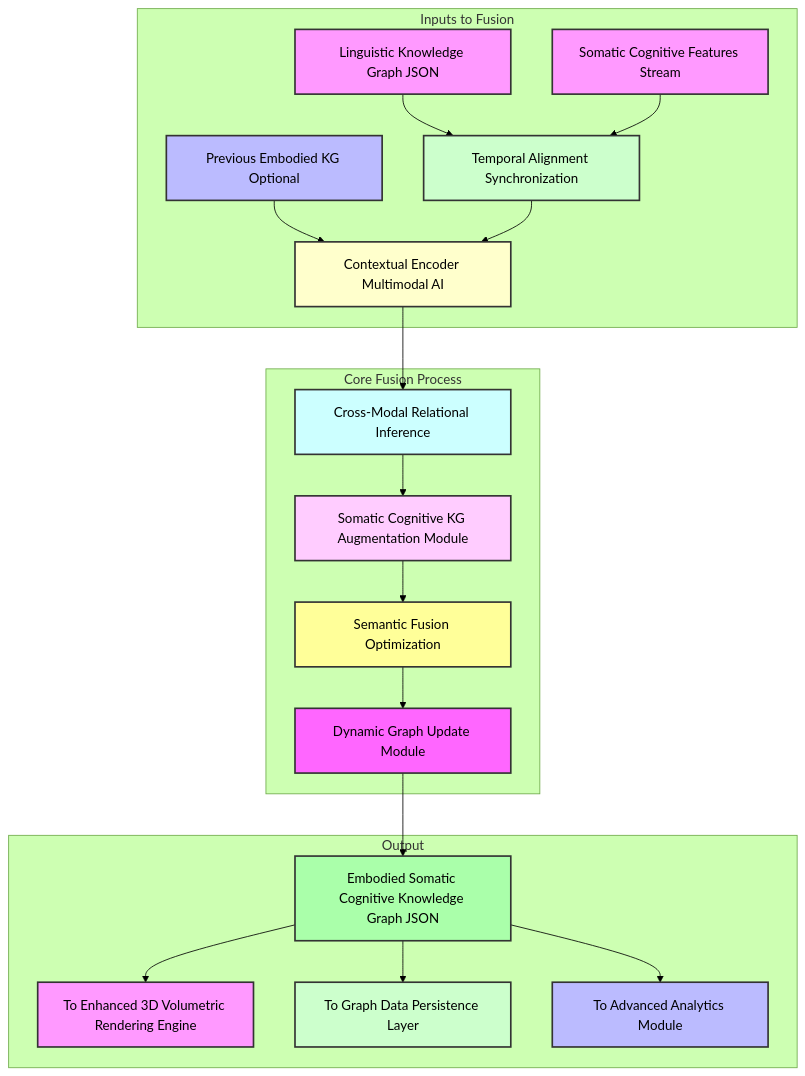
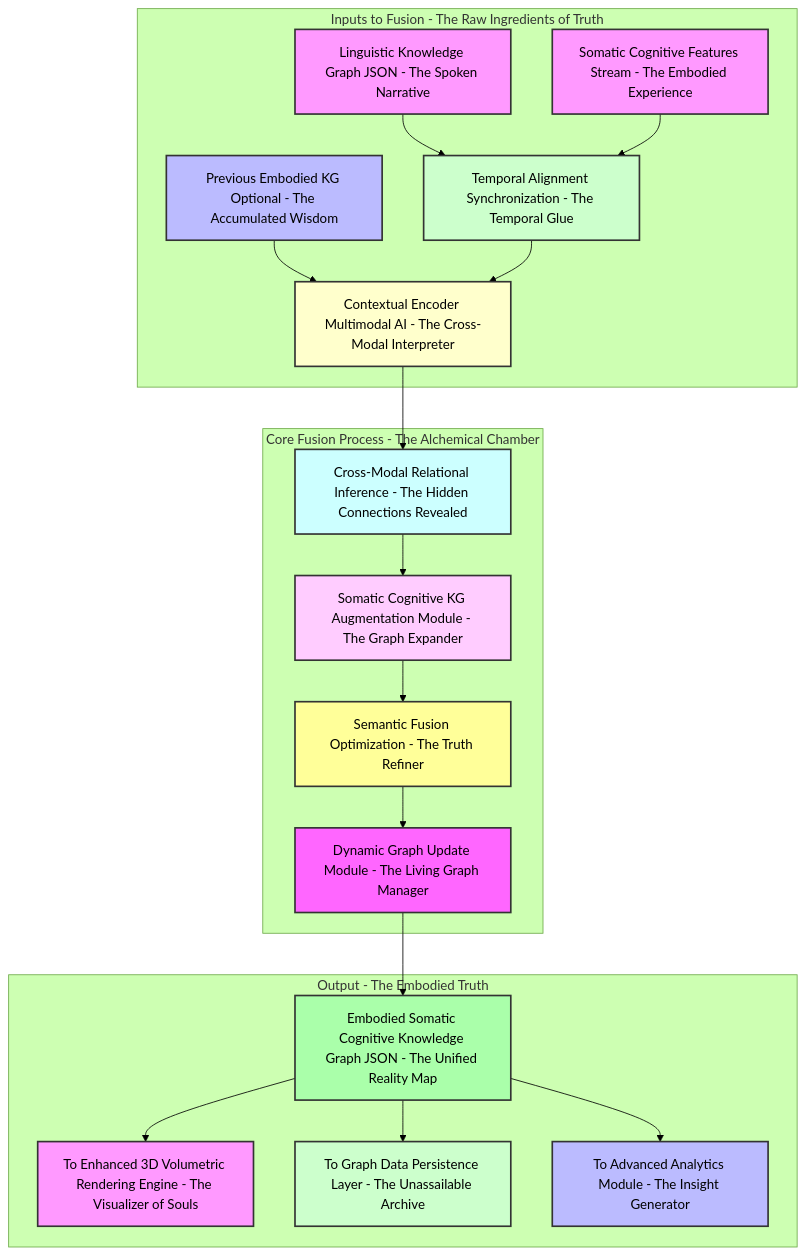
The fifth of 9 diagrams in inventions/inventions/012_holographic_meeting_scribe/014_multimodal_somatic_cognitive_graph_integration.md (diplomat-bit/Citibank_Demo_Business_Inc_Demonstration-), drawn with Mermaid (forest theme) before and after one commit. The commit also changed other lines of this file, not shown here.

````diff
--- a/inventions/inventions/012_holographic_meeting_scribe/014_multimodal_somatic_cognitive_graph_integration.md
+++ b/inventions/inventions/012_holographic_meeting_scribe/014_multimodal_somatic_cognitive_graph_integration.md
@@ -320,40 +339,40 @@
 ```mermaid
 graph TD
-    subgraph Inputs to Fusion
-        LKG_IN[Linguistic Knowledge Graph JSON] --> TEMP_ALIGN[Temporal Alignment Synchronization];
-        SOM_FEATS[Somatic Cognitive Features Stream] --> TEMP_ALIGN;
+    subgraph Inputs to Fusion - The Raw Ingredients of Truth
+        LKG_IN[Linguistic Knowledge Graph JSON - The Spoken Narrative] --> TEMP_ALIGN[Temporal Alignment Synchronization - The Temporal Glue];
+        SOM_FEATS[Somatic Cognitive Features Stream - The Embodied Experience] --> TEMP_ALIGN;
         
-        PRIOR_ESCKG[Previous Embodied KG Optional] --> CONTEXT_ENC[Contextual Encoder Multimodal AI];
+        PRIOR_ESCKG[Previous Embodied KG Optional - The Accumulated Wisdom] --> CONTEXT_ENC[Contextual Encoder Multimodal AI - The Cross-Modal Interpreter];
     end
 
-    subgraph Core Fusion Process
+    subgraph Core Fusion Process - The Alchemical Chamber
         TEMP_ALIGN --> CONTEXT_ENC;
-        CONTEXT_ENC --> CROSS_MOD_INF[Cross-Modal Relational Inference];
-        CROSS_MOD_INF --> SOM_KG_GEN[Somatic Cognitive KG Augmentation Module];
-        SOM_KG_GEN --> SEM_FUSION_OPT[Semantic Fusion Optimization];
-        SEM_FUSION_OPT --> DYN_GRAPH_UPDATE_MOD[Dynamic Graph Update Module];
+        CONTEXT_ENC --> CROSS_MOD_INF[Cross-Modal Relational Inference - The Hidden Connections Revealed];
+        CROSS_MOD_INF --> SOM_KG_GEN[Somatic Cognitive KG Augmentation Module - The Graph Expander];
+        SOM_KG_GEN --> SEM_FUSION_OPT[Semantic Fusion Optimization - The Truth Refiner];
+        SEM_FUSION_OPT --> DYN_GRAPH_UPDATE_MOD[Dynamic Graph Update Module - The Living Graph Manager];
     end
 
-    subgraph Output
-        DYN_GRAPH_UPDATE_MOD --> ESCKG_OUT[Embodied Somatic Cognitive Knowledge Graph JSON];
-        ESCKG_OUT --> TO_RENDER[To Enhanced 3D Volumetric Rendering Engine];
-        ESCKG_OUT --> TO_PERSIST[To Graph Data Persistence Layer];
-        ESCKG_OUT --> TO_ANALYTICS[To Advanced Analytics Module];
+    subgraph Output - The Embodied Truth
+        DYN_GRAPH_UPDATE_MOD --> ESCKG_OUT[Embodied Somatic Cognitive Knowledge Graph JSON - The Unified Reality Map];
+        ESCKG_OUT --> TO_RENDER[To Enhanced 3D Volumetric Rendering Engine - The Visualizer of Souls];
+        ESCKG_OUT --> TO_PERSIST[To Graph Data Persistence Layer - The Unassailable Archive];
+        ESCKG_OUT --> TO_ANALYTICS[To Advanced Analytics Module - The Insight Generator];
     end
 
     style LKG_IN fill:#f9f,stroke:#333,stroke-width:2px
     style SOM_FEATS fill:#f9f,stroke:#333,stroke-width:2px
     style PRIOR_ESCKG fill:#bbf,stroke:#333,stroke-width:2px
 
     style TEMP_ALIGN fill:#cfc,stroke:#333,stroke-width:2px
     style CONTEXT_ENC fill:#ffc,stroke:#333,stroke-width:2px
     style CROSS_MOD_INF fill:#cff,stroke:#333,stroke-width:2px
     style SOM_KG_GEN fill:#fcf,stroke:#333,stroke-width:2px
     style SEM_FUSION_OPT fill:#ff9,stroke:#333,stroke-width:2px
     style DYN_GRAPH_UPDATE_MOD fill:#f6f,stroke:#333,stroke-width:2px
 
     style ESCKG_OUT fill:#aaffaa,stroke:#333,stroke-width:2px
     style TO_RENDER fill:#f9f,stroke:#333,stroke-width:2px
     style TO_PERSIST fill:#cfc,stroke:#333,stroke-width:2px
     style TO_ANALYTICS fill:#bbf,stroke:#333,stroke-width:2px
 ```
````
